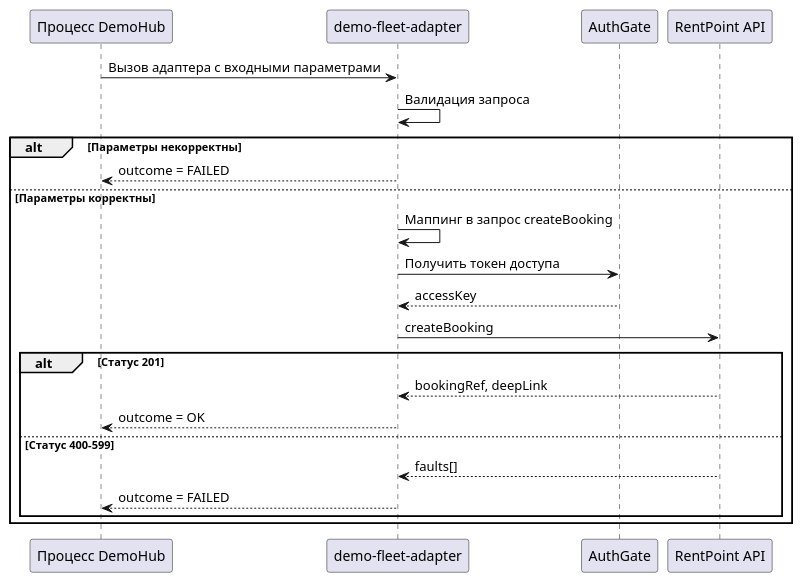
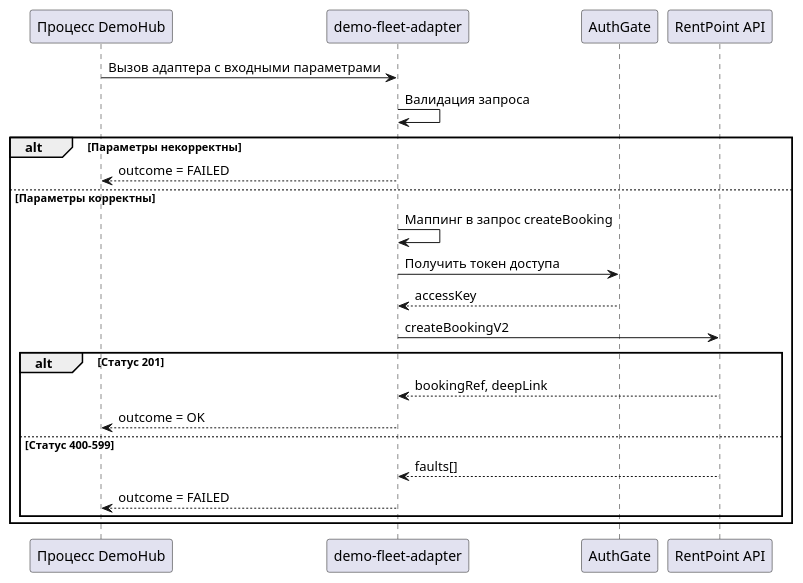
The diagram in docs/diagrams/booking-create.puml (pivovarov93/docs-demo), drawn with PlantUML before and after one commit.

Commit message:
Rename createBooking to createBookingV2 in diagram

```diff
--- a/docs/diagrams/booking-create.puml
+++ b/docs/diagrams/booking-create.puml
@@ -1,24 +1,24 @@
 @startuml
 participant "Процесс DemoHub" as P
 participant "demo-fleet-adapter" as A
 participant "AuthGate" as G
 participant "RentPoint API" as R
 
 P -> A : Вызов адаптера с входными параметрами
 A -> A : Валидация запроса
 alt Параметры некорректны
     A --> P : outcome = FAILED
 else Параметры корректны
     A -> A : Маппинг в запрос createBooking
     A -> G : Получить токен доступа
     G --> A : accessKey
-    A -> R : createBooking
+    A -> R : createBookingV2
     alt Статус 201
         R --> A : bookingRef, deepLink
         A --> P : outcome = OK
     else Статус 400–599
         R --> A : faults[]
         A --> P : outcome = FAILED
     end
 end
 @enduml
```
